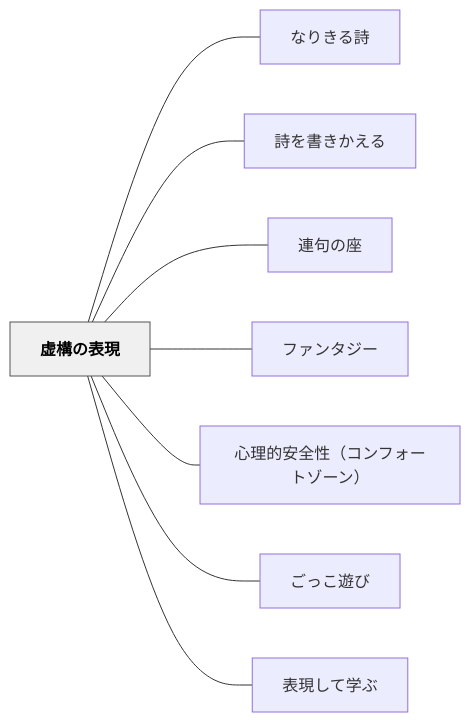
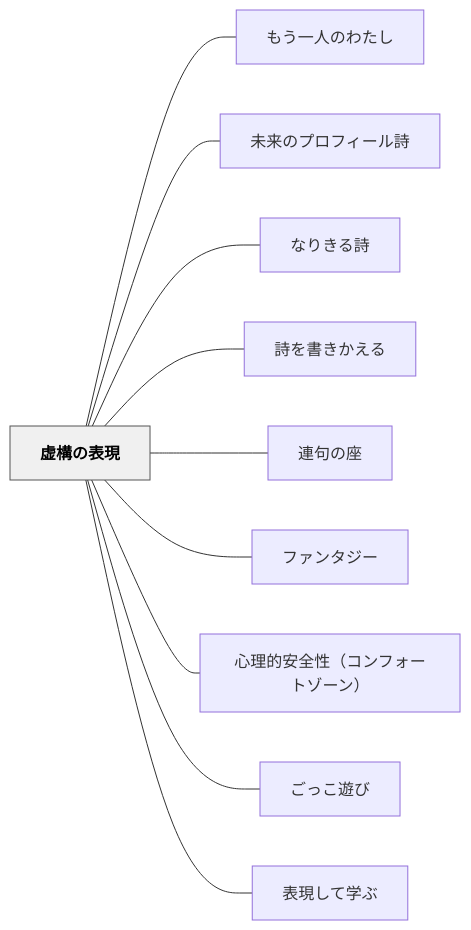
The diagram in content/パタン/虚構の表現.md (unknownthings-ed-patterns/unknownthings-ed-patterns), drawn with Mermaid before and after one commit. The commit also changed other lines of this file and 473 other files, not shown here.

````diff
--- a/content/パタン/虚構の表現.md
+++ b/content/パタン/虚構の表現.md
@@ -109,22 +111,26 @@
 ```mermaid
 flowchart LR
     ne8999ae6a78b["虚構の表現"]
+    ne38282e38186["もう一人のわたし"]
+    ne69caae69da5["未来のプロフィール詩"]
     ne381aae3828a["なりきる詩"]
     ne8a9a9e38292["詩を書きかえる"]
     ne980a3e58fa5["連句の座"]
     ne38395e382a1["ファンタジー"]
     ne5bf83e79086["心理的安全性（コンフォートゾーン）"]
     ne38194e381a3["ごっこ遊び"]
     ne8a1a8e78fbe["表現して学ぶ"]
 
+    ne8999ae6a78b --- ne38282e38186
+    ne8999ae6a78b --- ne69caae69da5
     ne8999ae6a78b --- ne381aae3828a
     ne8999ae6a78b --- ne8a9a9e38292
     ne8999ae6a78b --- ne980a3e58fa5
     ne8999ae6a78b --- ne38395e382a1
     ne8999ae6a78b --- ne5bf83e79086
     ne8999ae6a78b --- ne38194e381a3
     ne8999ae6a78b --- ne8a1a8e78fbe
 
     classDef hub fill:#f0f0f0,stroke:#555,color:#000,font-weight:bold
     class ne8999ae6a78b hub
 ```
````
